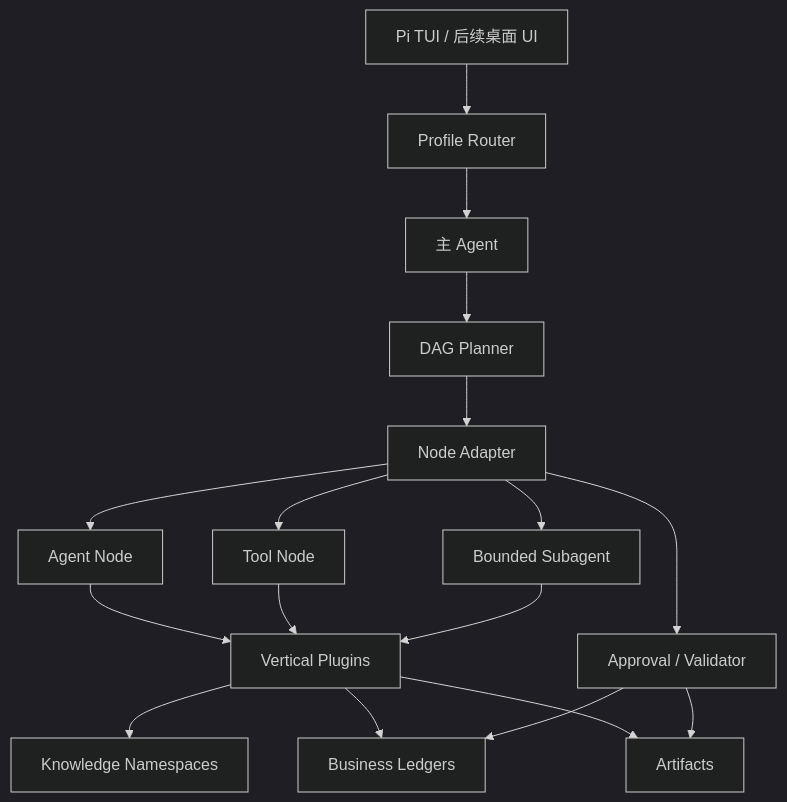
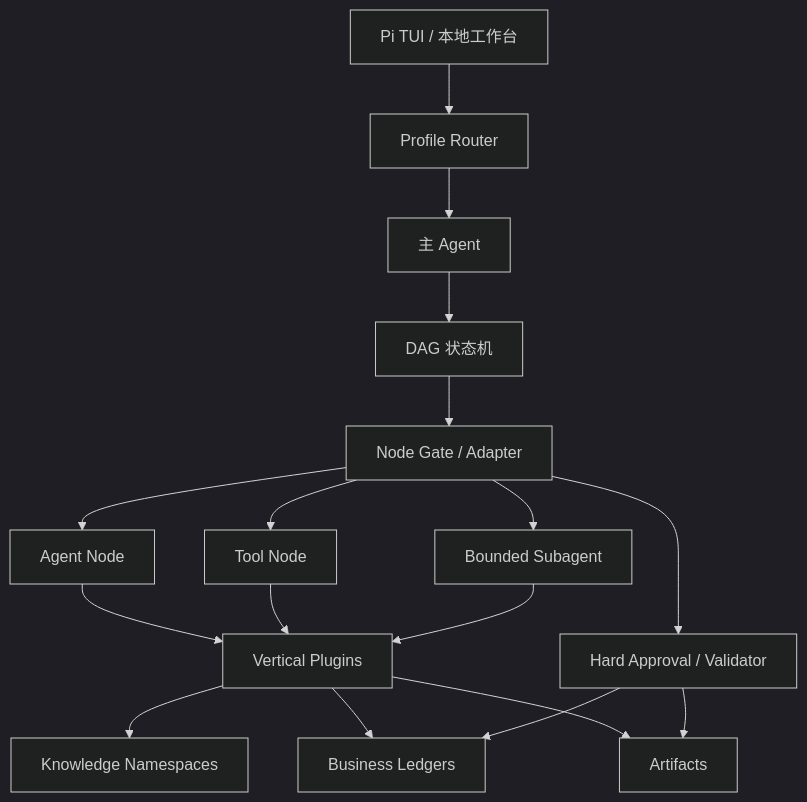
One commit to WH2020/WorkFlow_Market changed the first of 2 diagrams in docs/轻本体插件架构.md. Above: the diagram before and after it, drawn with Mermaid (dark theme). The commit also changed other lines of this file and 26 other files, not shown here.

````diff
--- a/docs/轻本体插件架构.md
+++ b/docs/轻本体插件架构.md
@@ -20,19 +24,19 @@
 ```mermaid
 flowchart TB
-    UI[Pi TUI / 后续桌面 UI] --> R[Profile Router]
+    UI[Pi TUI / 本地工作台] --> R[Profile Router]
     R --> MA[主 Agent]
-    MA --> WP[DAG Planner]
-    WP --> EX[Node Adapter]
+    MA --> WP[DAG 状态机]
+    WP --> EX[Node Gate / Adapter]
     EX --> AG[Agent Node]
     EX --> TL[Tool Node]
     EX --> SA[Bounded Subagent]
-    EX --> AP[Approval / Validator]
+    EX --> AP[Hard Approval / Validator]
     AG --> PL[Vertical Plugins]
     TL --> PL
     SA --> PL
     PL --> KB[Knowledge Namespaces]
     PL --> DB[Business Ledgers]
     PL --> AR[Artifacts]
     AP --> DB
     AP --> AR
 ```
````
